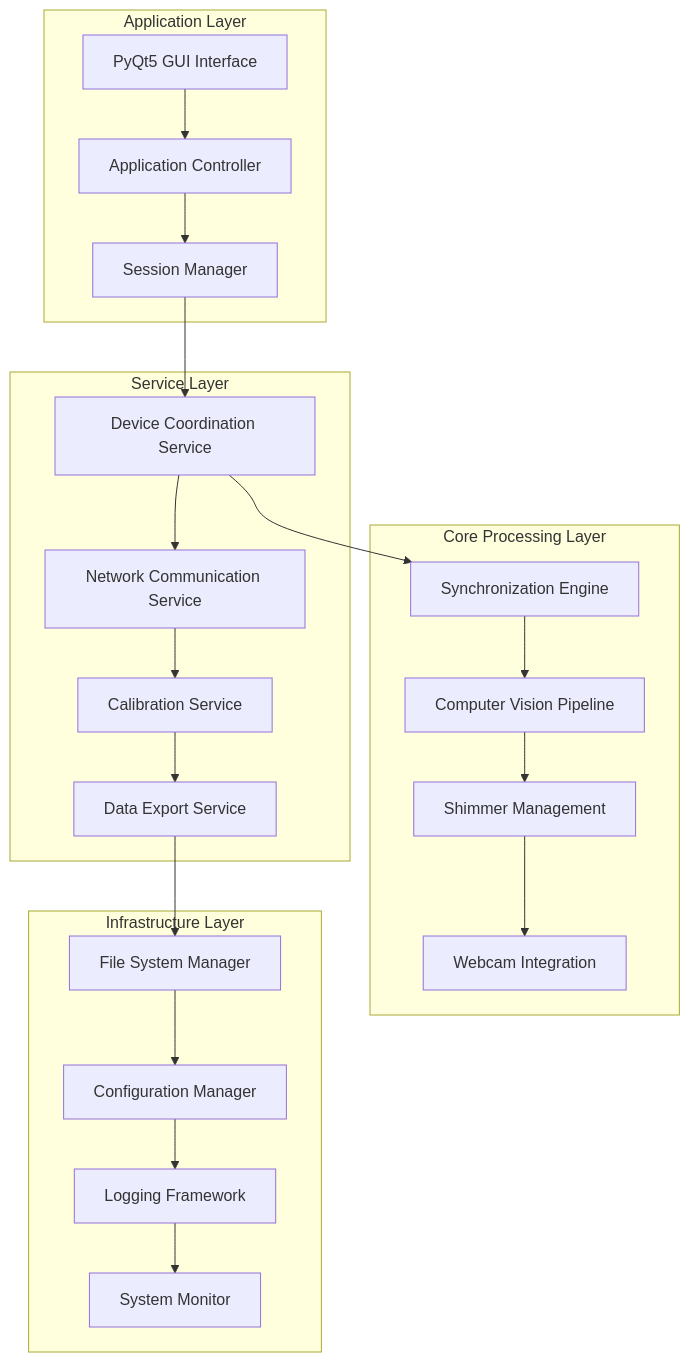
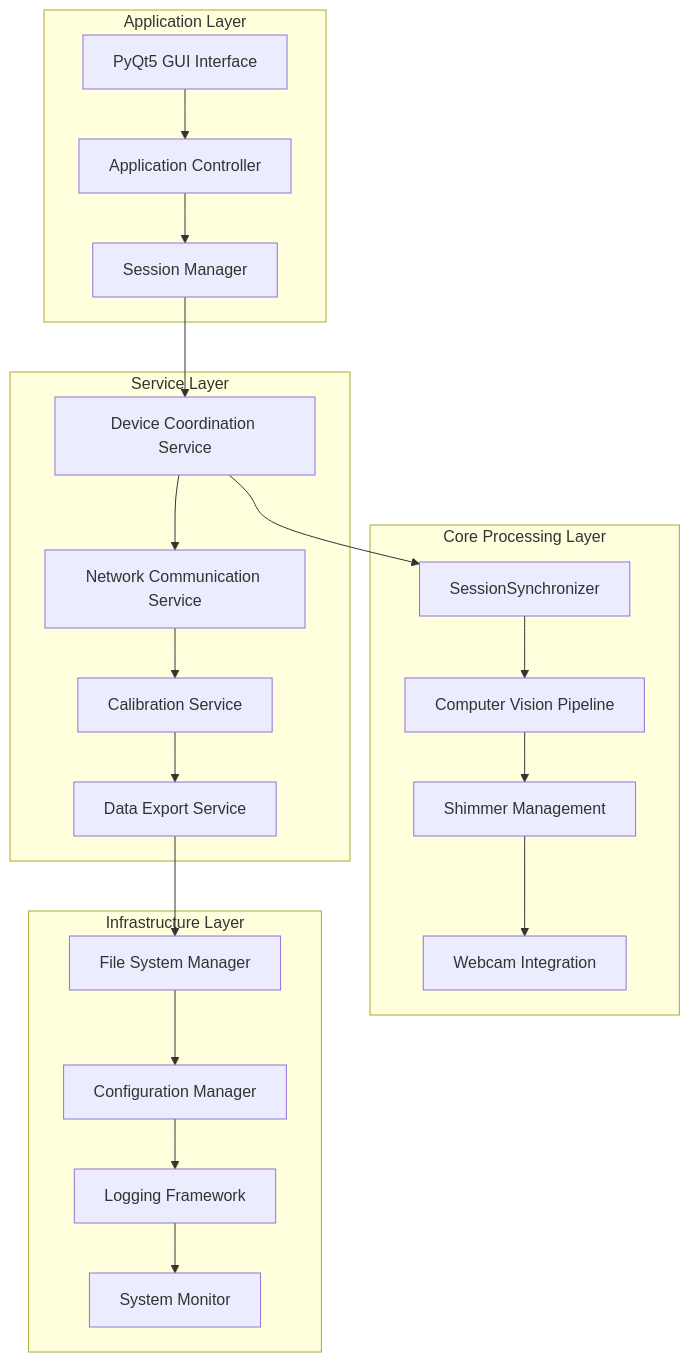
The eighth of 10 diagrams in docs/thesis_report/Chapter_4_Design_and_Implementation.md (buccancs/fyp-multi-sensor-recording-system), drawn with Mermaid before and after one commit. The commit also changed other lines of this file and 2 other files, not shown here.

````diff
--- a/docs/thesis_report/Chapter_4_Design_and_Implementation.md
+++ b/docs/thesis_report/Chapter_4_Design_and_Implementation.md
@@ -1811,44 +1811,44 @@
 ```mermaid
 graph TD
     subgraph "Application Layer"
         GUI[PyQt5 GUI Interface]
         CTRL[Application Controller]
         SESSION[Session Manager]
     end
 
     subgraph "Service Layer"
         DEVICE[Device Coordination Service]
         NETWORK[Network Communication Service]
         CALIB[Calibration Service]
         EXPORT[Data Export Service]
     end
 
     subgraph "Core Processing Layer"
-        SYNC[Synchronization Engine]
+        SYNC[SessionSynchronizer]
         VISION[Computer Vision Pipeline]
         SHIMMER[Shimmer Management]
         WEBCAM[Webcam Integration]
     end
 
     subgraph "Infrastructure Layer"
         STORAGE[File System Manager]
         CONFIG[Configuration Manager]
         LOG[Logging Framework]
         MONITOR[System Monitor]
     end
 
     GUI --> CTRL
     CTRL --> SESSION
     SESSION --> DEVICE
     DEVICE --> NETWORK
     NETWORK --> CALIB
     CALIB --> EXPORT
     DEVICE --> SYNC
     SYNC --> VISION
     VISION --> SHIMMER
     SHIMMER --> WEBCAM
     EXPORT --> STORAGE
     STORAGE --> CONFIG
     CONFIG --> LOG
     LOG --> MONITOR
 ```
````
